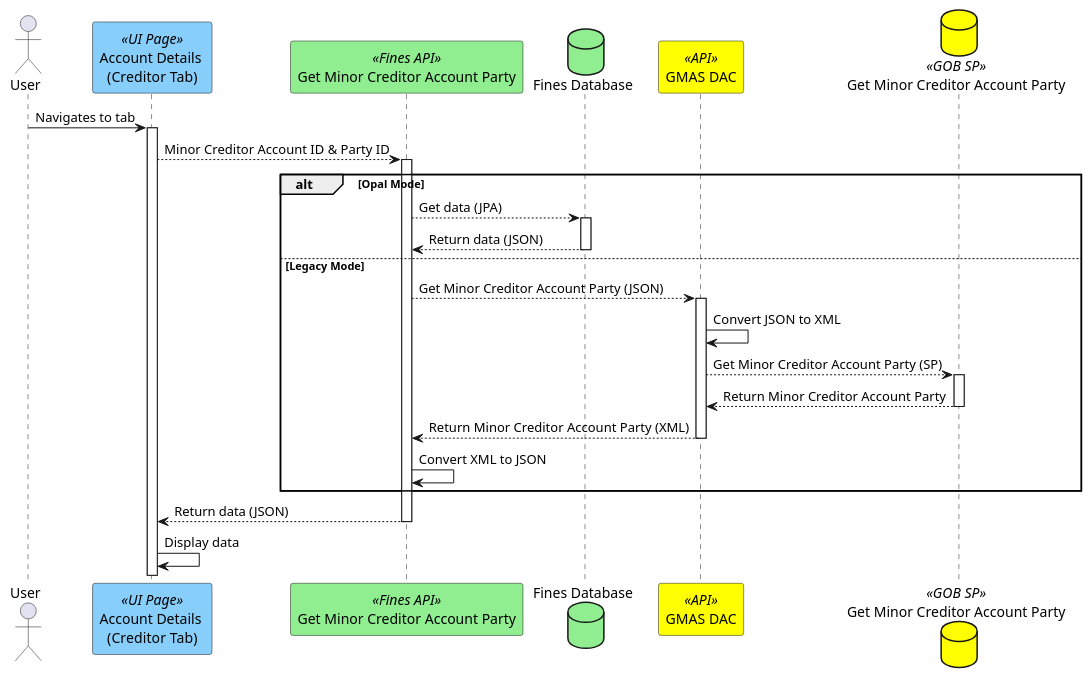
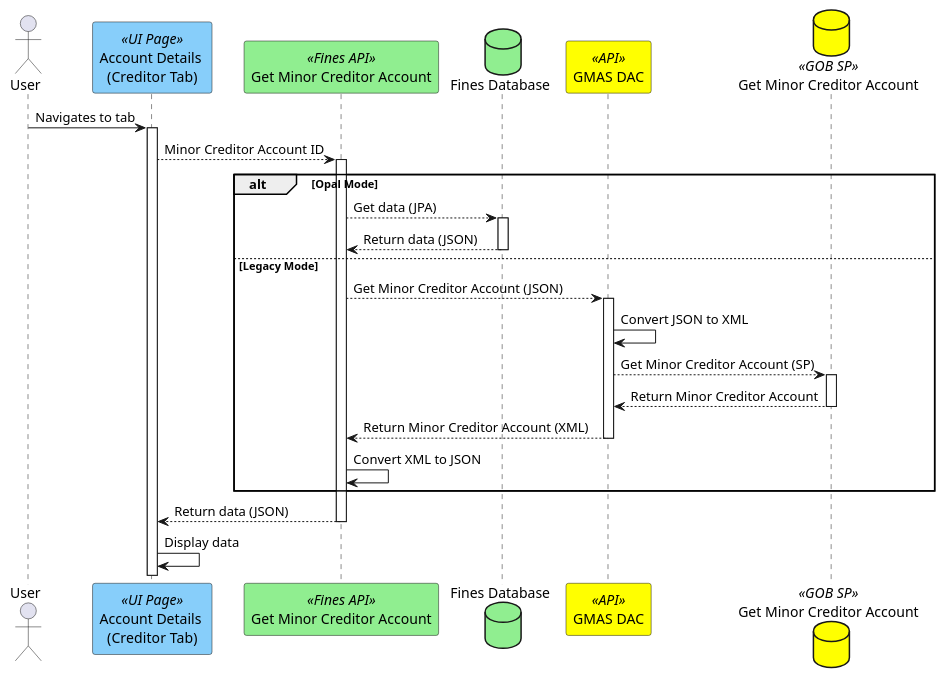
One commit to hmcts/opal-docs changed the diagram in plantUML/fae-view-amend-minor creditor/fae-view-minor-creditor-details.puml. Above: the diagram before and after it, drawn with PlantUML. The commit also changed 3 other files, not shown here.

Commit message:
View and amend Minor creditor

```diff
--- a/plantUML/fae-view-amend-minor creditor/fae-view-minor-creditor-details.puml
+++ b/plantUML/fae-view-amend-minor creditor/fae-view-minor-creditor-details.puml
@@ -1,25 +1,25 @@
 @startuml
 actor User
 participant "Account Details \n(Creditor Tab)" as viewScreen <<UI Page>> #lightskyblue
-participant "Get Minor Creditor Account Party" as getapi <<Fines API>> #lightgreen
+participant "Get Minor Creditor Account" as getapi <<Fines API>> #lightgreen
 database "Fines Database" as db #lightgreen
 participant "GMAS DAC" as gmasdac <<API>> #yellow
-database "Get Minor Creditor Account Party" as dblegacy <<GOB SP>> #yellow
+database "Get Minor Creditor Account" as dblegacy <<GOB SP>> #yellow
 
 User -> viewScreen ++ : Navigates to tab
-viewScreen --> getapi ++ : Minor Creditor Account ID & Party ID
+viewScreen --> getapi ++ : Minor Creditor Account ID
 alt Opal Mode
 getapi --> db ++ : Get data (JPA)
 db --> getapi -- : Return data (JSON)
 else Legacy Mode
-getapi --> gmasdac ++ : Get Minor Creditor Account Party (JSON)
+getapi --> gmasdac ++ : Get Minor Creditor Account (JSON)
 gmasdac -> gmasdac: Convert JSON to XML
-gmasdac --> dblegacy ++ : Get Minor Creditor Account Party (SP)
-dblegacy --> gmasdac -- : Return Minor Creditor Account Party
-gmasdac --> getapi -- : Return Minor Creditor Account Party (XML)
+gmasdac --> dblegacy ++ : Get Minor Creditor Account (SP)
+dblegacy --> gmasdac -- : Return Minor Creditor Account
+gmasdac --> getapi -- : Return Minor Creditor Account (XML)
 getapi -> getapi : Convert XML to JSON
 end
 getapi --> viewScreen --: Return data (JSON)
 viewScreen -> viewScreen : Display data
 getapi --
 @enduml
```
